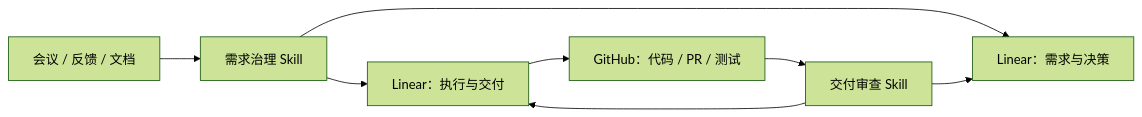
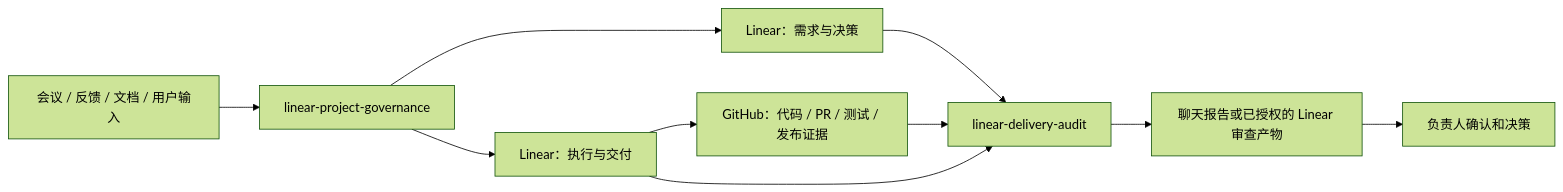
One commit to TAI-YE-1/linear-gpt-pm changed the diagram in docs/integrations.md. Above: the diagram before and after it, drawn with Mermaid (forest theme). The commit also changed other lines of this file, not shown here.

Commit message:
docs: expand integration architecture and setup

````diff
--- a/docs/integrations.md
+++ b/docs/integrations.md
@@ -7,10 +13,12 @@
 ```mermaid
 flowchart LR
-    A[会议 / 反馈 / 文档] --> B[需求治理 Skill]
-    B --> C[Linear：需求与决策]
-    B --> D[Linear：执行与交付]
-    D --> E[GitHub：代码 / PR / 测试]
-    E --> F[交付审查 Skill]
-    F --> C
-    F --> D
+    U[会议 / 反馈 / 文档 / 用户输入] --> G[linear-project-governance]
+    G --> LP1[Linear：需求与决策]
+    G --> LP2[Linear：执行与交付]
+    LP2 --> GH[GitHub：代码 / PR / 测试 / 发布证据]
+    GH --> A[linear-delivery-audit]
+    LP1 --> A
+    LP2 --> A
+    A --> R[聊天报告或已授权的 Linear 审查产物]
+    R --> H[负责人确认和决策]
 ```
````
